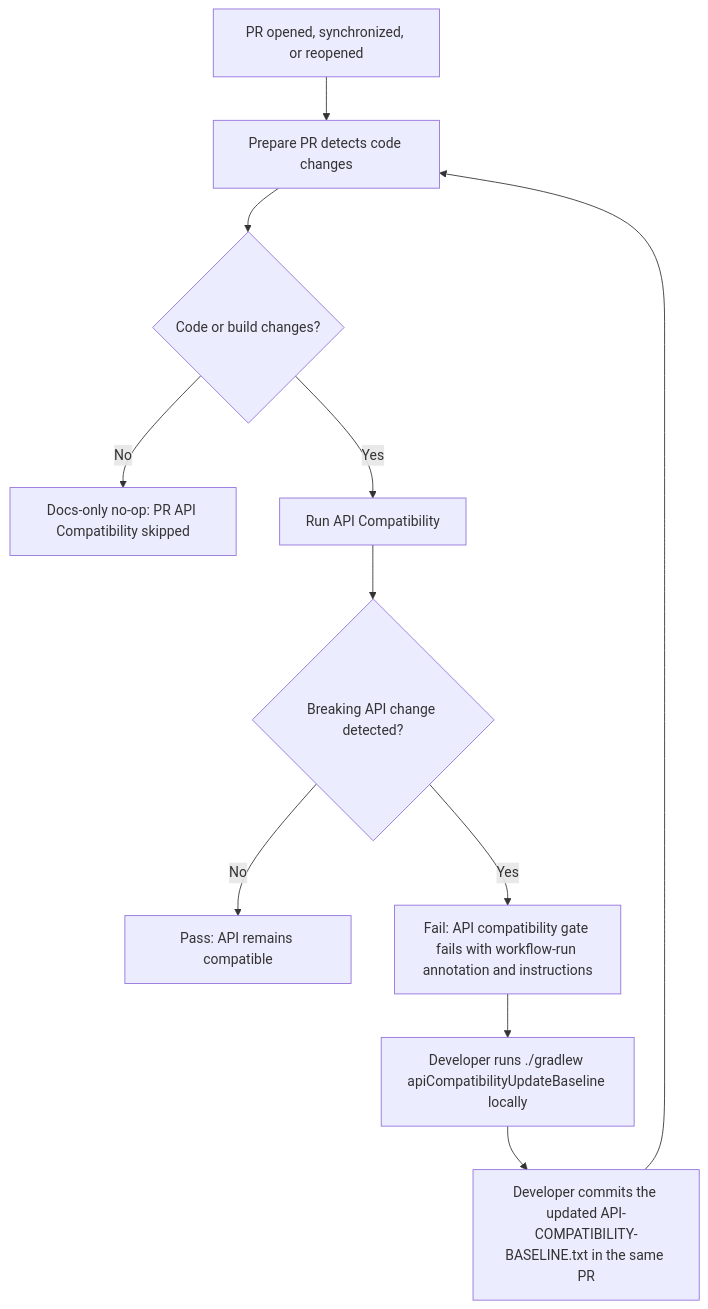
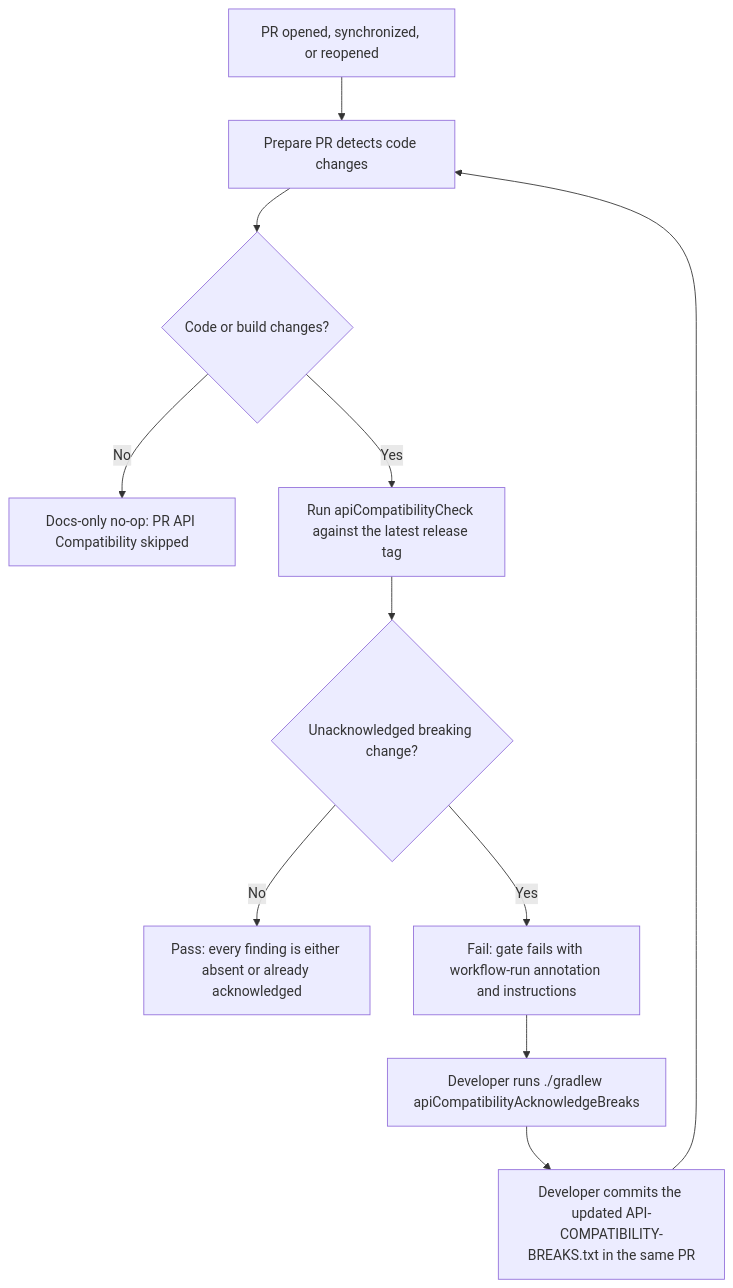
Before and after one commit to HDCharts/charts: the diagram in docs/workflows/api-compatibility.md, drawn with Mermaid. The commit also changed other lines of this file and 11 other files, not shown here.

Commit message:
fix(build): make API compatibility gate squash-merge safe (#608)

````diff
--- a/docs/workflows/api-compatibility.md
+++ b/docs/workflows/api-compatibility.md
@@ -9,13 +61,13 @@
 ```mermaid
- flowchart TD
-   A["PR opened, synchronized, or reopened"] --> B["Prepare PR detects code changes"]
-   B --> C{"Code or build changes?"}
-   C -- No --> D["Docs-only no-op: PR API Compatibility skipped"]
-   C -- Yes --> E["Run API Compatibility"]
-   E --> F{"Breaking API change detected?"}
-   F -- No --> G["Pass: API remains compatible"]
-   F -- Yes --> H["Fail: API compatibility gate fails with workflow-run annotation and instructions"]
-   H --> I["Developer runs ./gradlew apiCompatibilityUpdateBaseline locally"]
-   I --> J["Developer commits the updated API-COMPATIBILITY-BASELINE.txt in the same PR"]
-   J --> B
+flowchart TD
+  A["PR opened, synchronized, or reopened"] --> B["Prepare PR detects code changes"]
+  B --> C{"Code or build changes?"}
+  C -- No --> D["Docs-only no-op: PR API Compatibility skipped"]
+  C -- Yes --> E["Run apiCompatibilityCheck against the latest release tag"]
+  E --> F{"Unacknowledged breaking change?"}
+  F -- No --> G["Pass: every finding is either absent or already acknowledged"]
+  F -- Yes --> H["Fail: gate fails with workflow-run annotation and instructions"]
+  H --> I["Developer runs ./gradlew apiCompatibilityAcknowledgeBreaks"]
+  I --> J["Developer commits the updated API-COMPATIBILITY-BREAKS.txt in the same PR"]
+  J --> B
 ```
````
